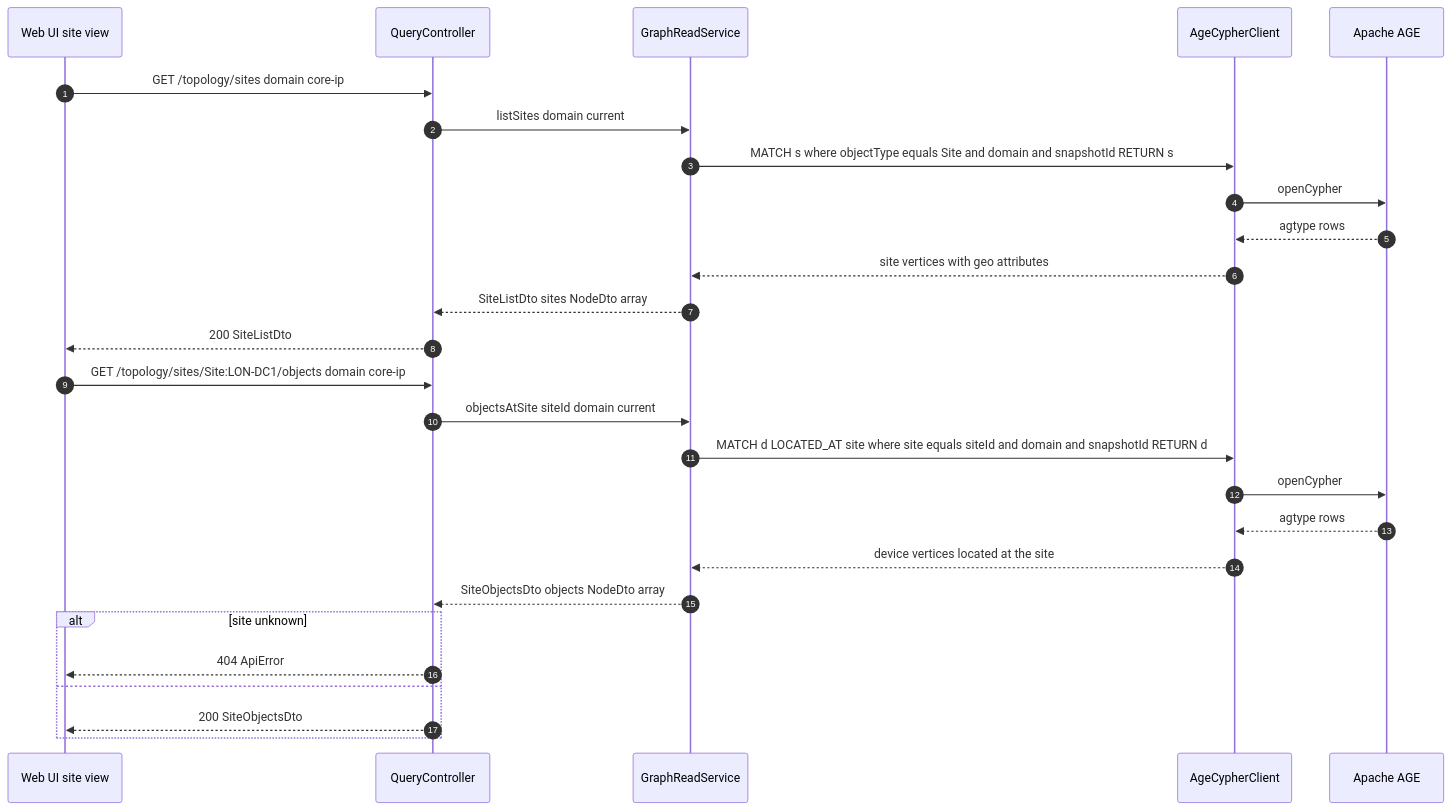
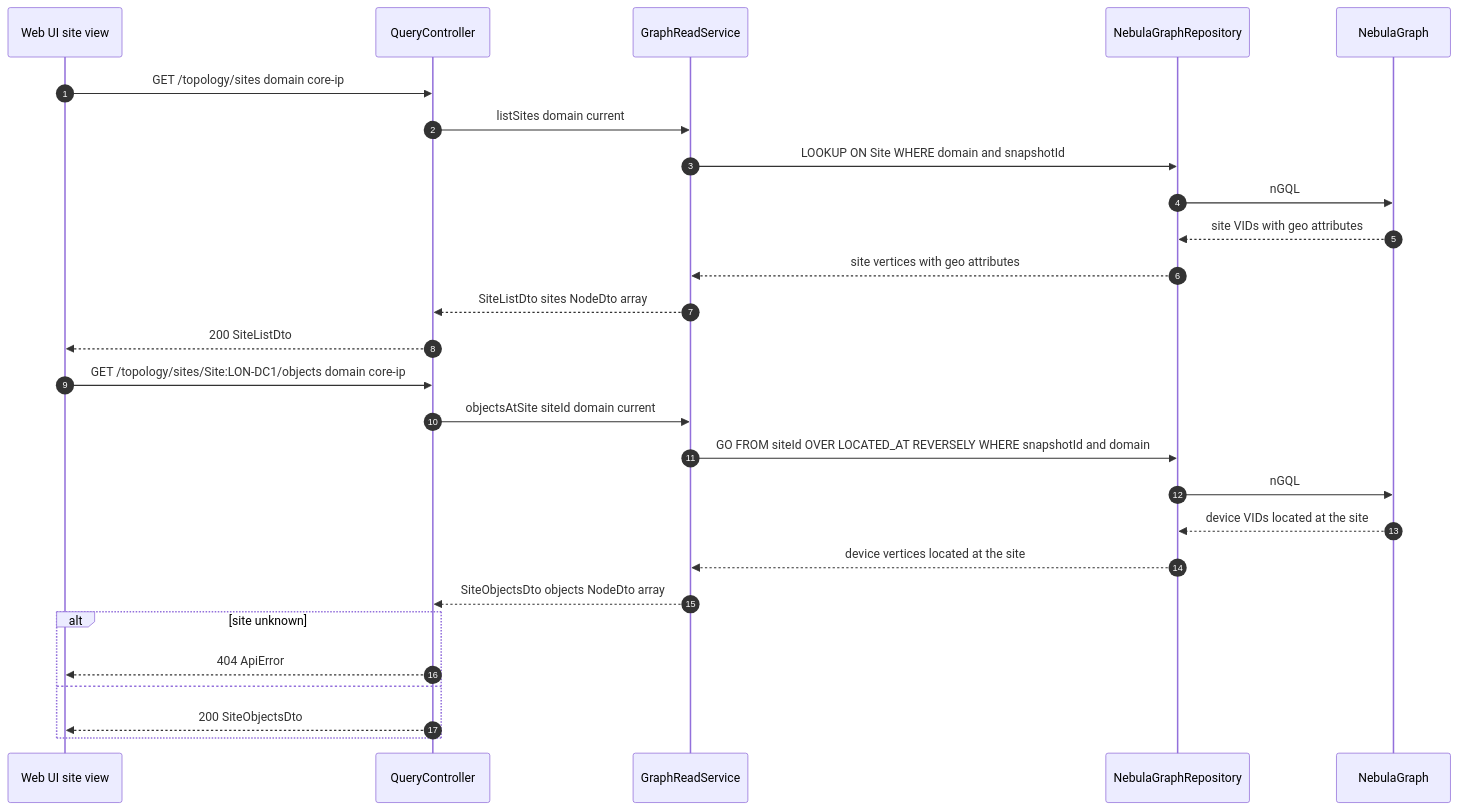
Before and after one commit to nikhilmohan/correlation-platform: the seventh of 11 diagrams in services/topology/design.md, drawn with Mermaid. The commit also changed other lines of this file, not shown here.

First line of the commit message:
design(topology): rework graph backend Apache AGE → NebulaGraph (nGQL)

````diff
--- a/services/topology/design.md
+++ b/services/topology/design.md
@@ -569,31 +748,31 @@
 ```mermaid
 sequenceDiagram
   autonumber
   participant UI as Web UI site view
   participant QC as QueryController
   participant GR as GraphReadService
-  participant AC as AgeCypherClient
-  participant AGE as Apache AGE
+  participant REPO as NebulaGraphRepository
+  participant NEB as NebulaGraph
 
   UI->>QC: GET /topology/sites domain core-ip
   QC->>GR: listSites domain current
-  GR->>AC: MATCH s where objectType equals Site and domain and snapshotId RETURN s
-  AC->>AGE: openCypher
-  AGE-->>AC: agtype rows
-  AC-->>GR: site vertices with geo attributes
+  GR->>REPO: LOOKUP ON Site WHERE domain and snapshotId
+  REPO->>NEB: nGQL
+  NEB-->>REPO: site VIDs with geo attributes
+  REPO-->>GR: site vertices with geo attributes
   GR-->>QC: SiteListDto sites NodeDto array
   QC-->>UI: 200 SiteListDto
 
   UI->>QC: GET /topology/sites/Site:LON-DC1/objects domain core-ip
   QC->>GR: objectsAtSite siteId domain current
-  GR->>AC: MATCH d LOCATED_AT site where site equals siteId and domain and snapshotId RETURN d
-  AC->>AGE: openCypher
-  AGE-->>AC: agtype rows
-  AC-->>GR: device vertices located at the site
+  GR->>REPO: GO FROM siteId OVER LOCATED_AT REVERSELY WHERE snapshotId and domain
+  REPO->>NEB: nGQL
+  NEB-->>REPO: device VIDs located at the site
+  REPO-->>GR: device vertices located at the site
   GR-->>QC: SiteObjectsDto objects NodeDto array
   alt site unknown
     QC-->>UI: 404 ApiError
   else
     QC-->>UI: 200 SiteObjectsDto
   end
 ```
````
